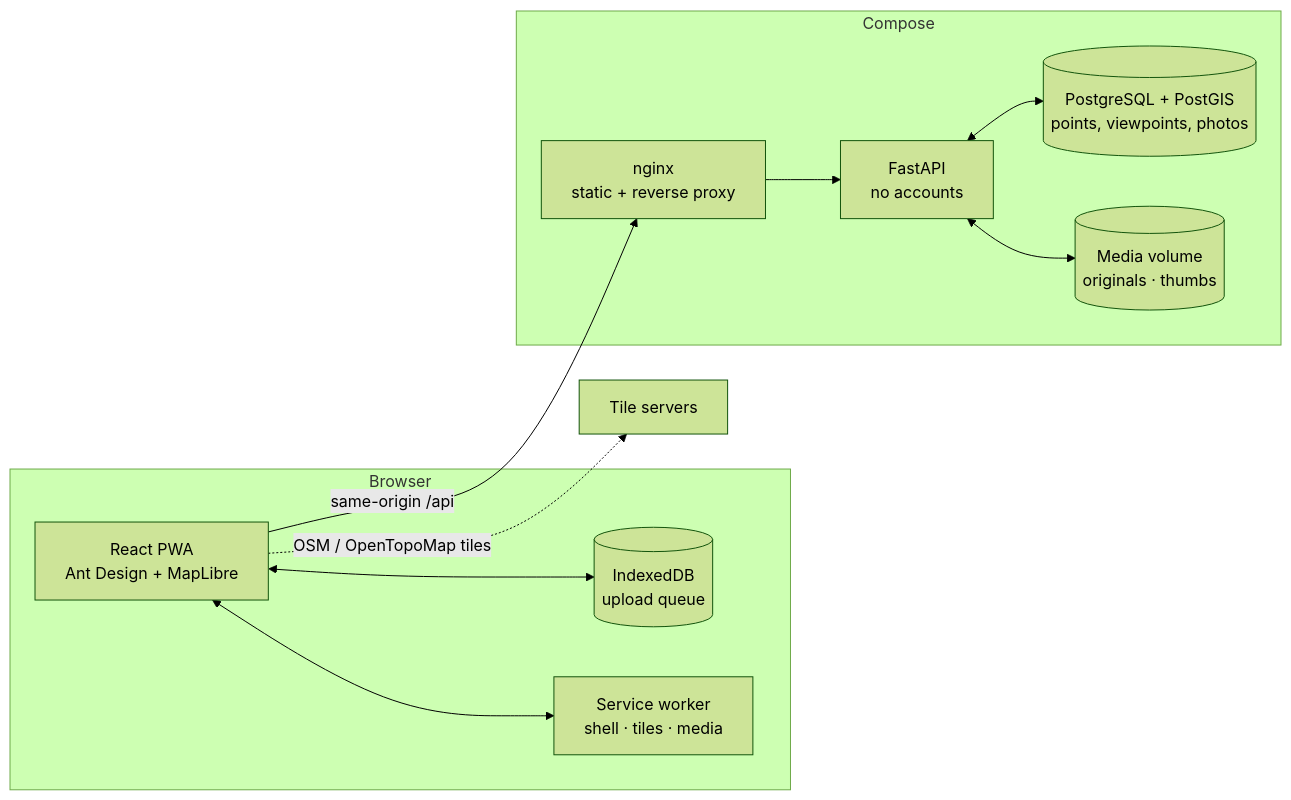
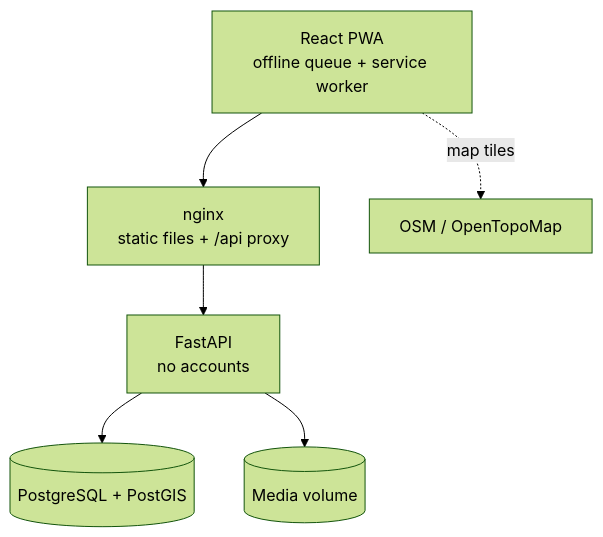
The diagram in README.md (mossimka/muzdyq), drawn with Mermaid (forest theme) before and after one commit. The commit also changed other lines of this file and 9 other files, not shown here.

````diff
--- a/README.md
+++ b/README.md
@@ -135,23 +137,8 @@
 ```mermaid
-flowchart LR
-    subgraph Browser
-        PWA["React PWA<br/>Ant Design + MapLibre"]
-        IDB[("IndexedDB<br/>upload queue")]
-        SW["Service worker<br/>shell · tiles · media"]
-        PWA <--> IDB
-        PWA <--> SW
-    end
-
-    subgraph Compose
-        NG["nginx<br/>static + reverse proxy"]
-        API["FastAPI<br/>no accounts"]
-        DB[("PostgreSQL + PostGIS<br/>points, viewpoints, photos")]
-        FS[("Media volume<br/>originals · thumbs")]
-        API <--> DB
-        API <--> FS
-    end
-
-    PWA -- "same-origin /api" --> NG
-    NG --> API
-    PWA -. "OSM / OpenTopoMap tiles" .-> Tiles["Tile servers"]
+flowchart TD
+    PWA["React PWA<br/>offline queue + service worker"] --> NG["nginx<br/>static files + /api proxy"]
+    NG --> API["FastAPI<br/>no accounts"]
+    API --> DB[("PostgreSQL + PostGIS")]
+    API --> MEDIA[("Media volume")]
+    PWA -. "map tiles" .-> TILES["OSM / OpenTopoMap"]
 ```
````
